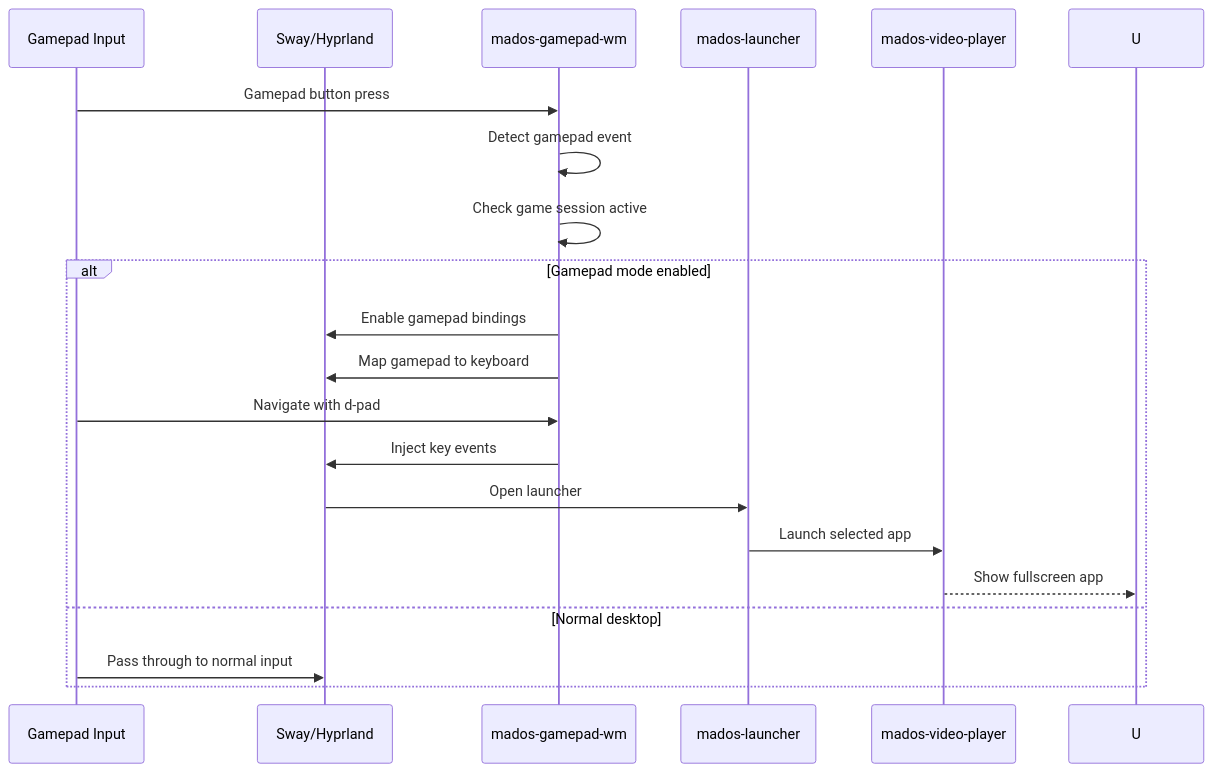
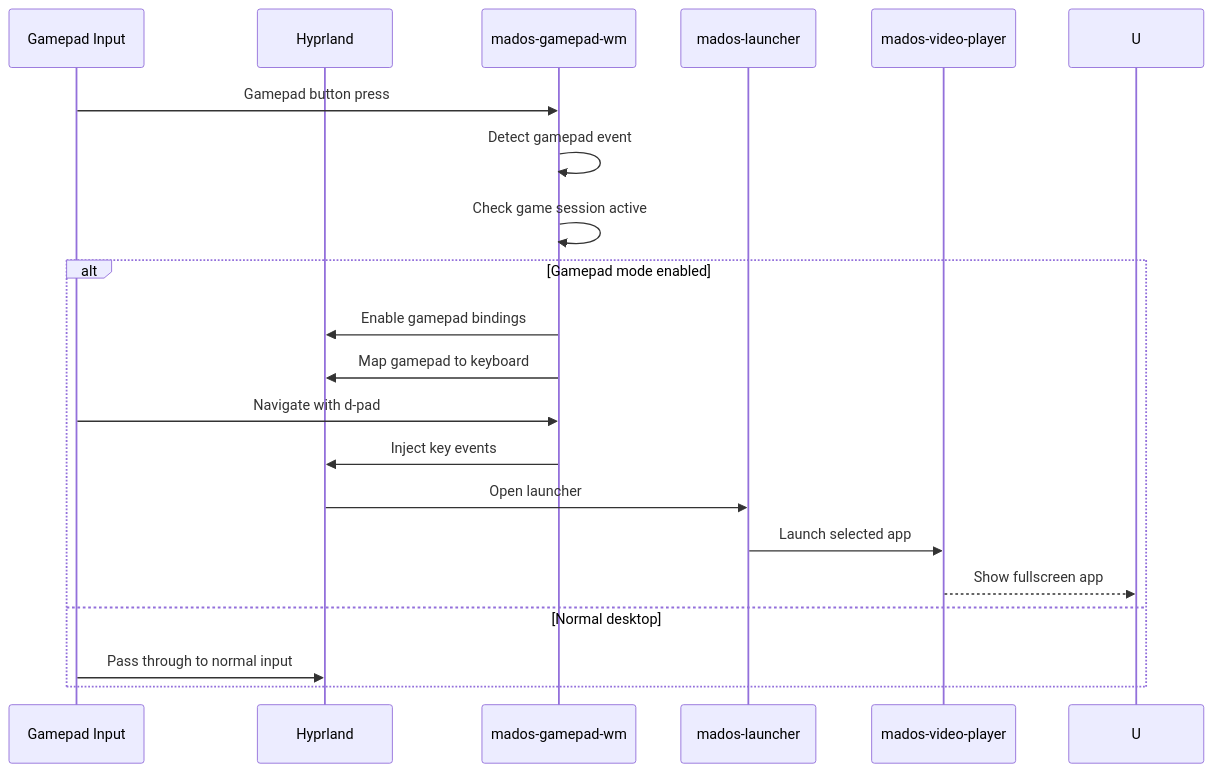
Before and after one commit to madoslinux/mad-os: the fourth of 4 diagrams in docs/SEQUENCE_DIAGRAMS.md, drawn with Mermaid. The commit also changed other lines of this file and 83 other files, not shown here.

````diff
--- a/docs/SEQUENCE_DIAGRAMS.md
+++ b/docs/SEQUENCE_DIAGRAMS.md
@@ -126,26 +87,26 @@
 ```mermaid
 sequenceDiagram
     participant G as Gamepad Input
-    participant W as Sway/Hyprland
+    participant W as Hyprland
     participant GM as mados-gamepad-wm
     participant M as mados-launcher
     participant A as mados-video-player
     
     G->>GM: Gamepad button press
     GM->>GM: Detect gamepad event
     GM->>GM: Check game session active
     
     alt Gamepad mode enabled
         GM->>W: Enable gamepad bindings
         GM->>W: Map gamepad to keyboard
         
         G->>GM: Navigate with d-pad
         GM->>W: Inject key events
         W->>M: Open launcher
         
         M->>A: Launch selected app
         A-->>U: Show fullscreen app
     else Normal desktop
         G->>W: Pass through to normal input
     end
 ```
````
